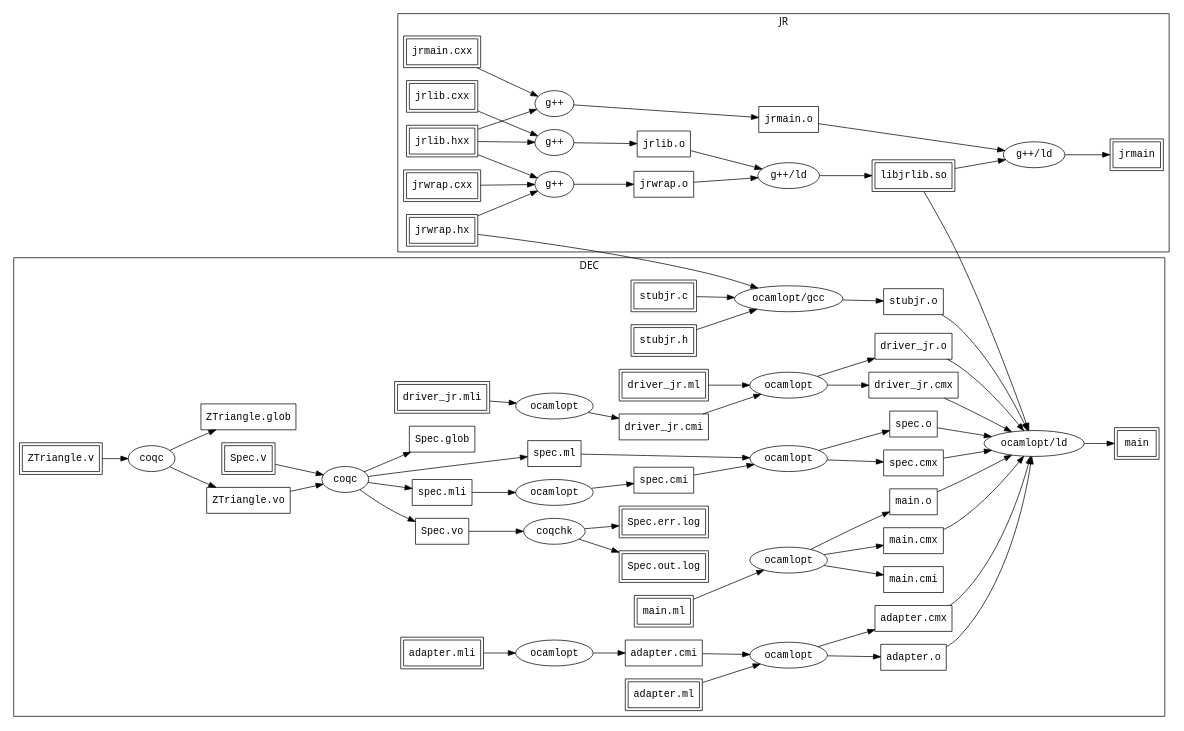
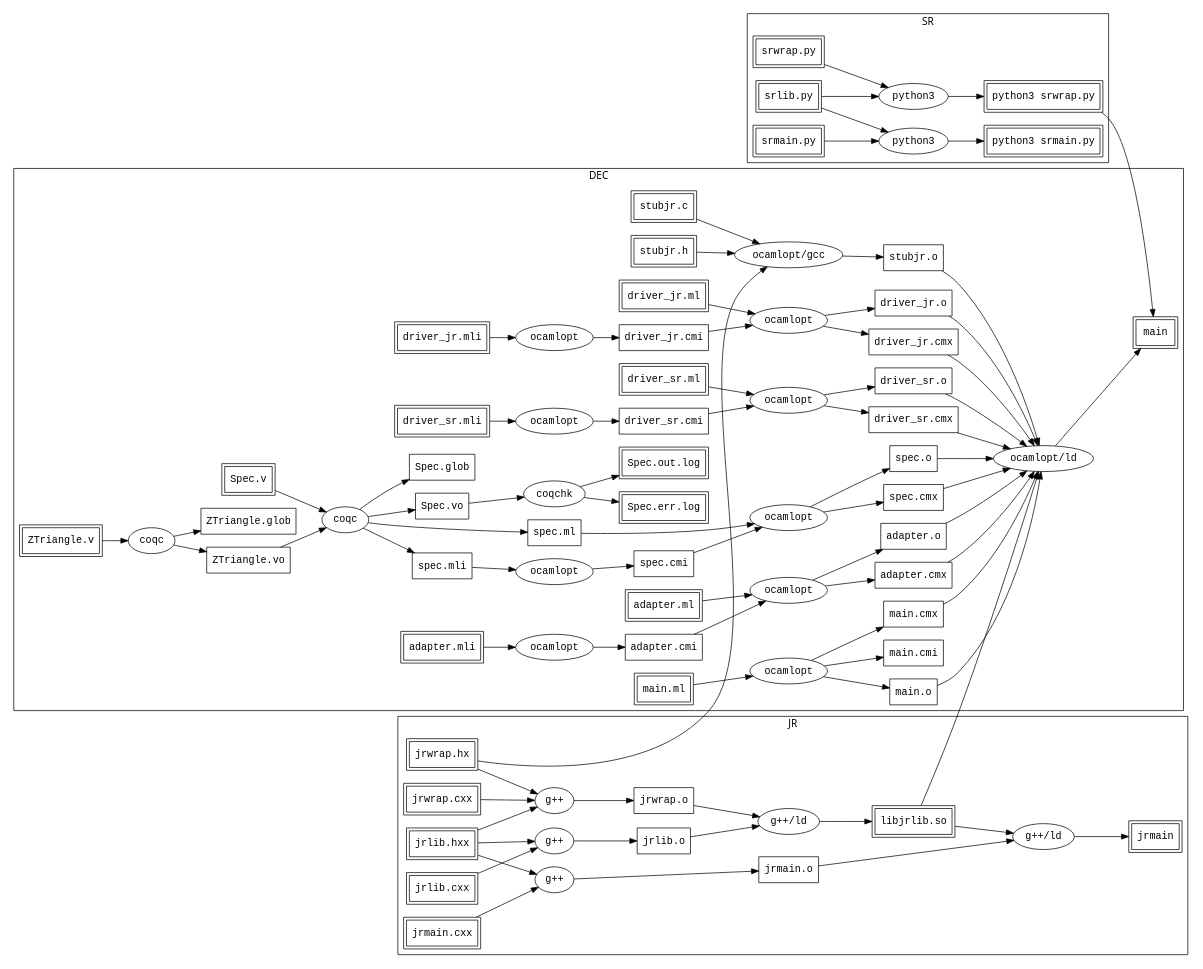
Before and after one commit to Tuplanolla/dez: the diagram in mock/flow.dot, drawn with Graphviz. The commit also changed 9 other files, not shown here.

```diff
--- a/mock/flow.dot
+++ b/mock/flow.dot
@@ -57,6 +57,14 @@
     extraction [label = "Extraction.vo"]
     zarith [label = "ZArith.vo"]
   }
+
+  subgraph cluster_python {
+    label = "Python"
+
+    node [peripheries = 2, shape = box]
+
+    sys [label = "sys"]
+  }
   */
 
   subgraph cluster_dec {
@@ -68,6 +76,8 @@
     stubjr_h [label = "stubjr.h"]
     driver_jr_ml [label = "driver_jr.ml"]
     driver_jr_mli [label = "driver_jr.mli"]
+    driver_sr_ml [label = "driver_sr.ml"]
+    driver_sr_mli [label = "driver_sr.mli"]
     ztriangle_v [label = "ZTriangle.v"]
     spec_v [label = "Spec.v"]
     adapter_ml [label = "adapter.ml"]
@@ -80,6 +90,9 @@
     driver_jr_cmi [label = "driver_jr.cmi"]
     driver_jr_cmx [label = "driver_jr.cmx"]
     driver_jr_o [label = "driver_jr.o"]
+    driver_sr_cmi [label = "driver_sr.cmi"]
+    driver_sr_cmx [label = "driver_sr.cmx"]
+    driver_sr_o [label = "driver_sr.o"]
     ztriangle_vo [label = "ZTriangle.vo"]
     ztriangle_glob [label = "ZTriangle.glob"]
     spec_vo [label = "Spec.vo"]
@@ -115,7 +128,9 @@
     ocamlopt_5 [label = "ocamlopt"]
     ocamlopt_6 [label = "ocamlopt"]
     ocamlopt_7 [label = "ocamlopt"]
-    ocamlopt_8 [label = "ocamlopt/ld"]
+    ocamlopt_8 [label = "ocamlopt"]
+    ocamlopt_9 [label = "ocamlopt"]
+    ocamlopt_10 [label = "ocamlopt/ld"]
   }
 
   subgraph cluster_jr {
@@ -149,6 +164,26 @@
     gxx_4 [label = "g++/ld"]
   }
 
+  subgraph cluster_sr {
+    label = "SR"
+
+    node [peripheries = 2, shape = box]
+
+    srlib_py [label = "srlib.py"]
+    srwrap_py [label = "srwrap.py"]
+    srmain_py [label = "srmain.py"]
+
+    node [peripheries = 2]
+
+    srwrap [label = "python3 srwrap.py"]
+    srmain [label = "python3 srmain.py"]
+
+    node [peripheries = 1, shape = oval]
+
+    python_0 [label = "python3"]
+    python_1 [label = "python3"]
+  }
+
   edge [style = solid]
 
   jrlib_hxx -> gxx_0
@@ -171,6 +206,14 @@
   libjrlib_so -> gxx_4
   jrmain_o -> gxx_4
   gxx_4 -> jrmain
+
+  srlib_py -> python_0
+  srwrap_py -> python_0
+  python_0 -> srwrap
+
+  srlib_py -> python_1
+  srmain_py -> python_1
+  python_1 -> srmain
 
   ztriangle_v -> coqc_0
   coqc_0 -> ztriangle_vo
@@ -200,38 +243,50 @@
   ocamlopt_2 -> driver_jr_cmx
   ocamlopt_2 -> driver_jr_o
 
-  spec_mli -> ocamlopt_3
-  ocamlopt_3 -> spec_cmi
+  driver_sr_mli -> ocamlopt_3
+  ocamlopt_3 -> driver_sr_cmi
 
-  spec_cmi -> ocamlopt_4
-  spec_ml -> ocamlopt_4
-  ocamlopt_4 -> spec_cmx
-  ocamlopt_4 -> spec_o
+  driver_sr_cmi -> ocamlopt_4
+  driver_sr_ml -> ocamlopt_4
+  ocamlopt_4 -> driver_sr_cmx
+  ocamlopt_4 -> driver_sr_o
 
-  adapter_mli -> ocamlopt_5
-  ocamlopt_5 -> adapter_cmi
+  spec_mli -> ocamlopt_5
+  ocamlopt_5 -> spec_cmi
 
-  adapter_cmi -> ocamlopt_6
-  adapter_ml -> ocamlopt_6
-  ocamlopt_6 -> adapter_cmx
-  ocamlopt_6 -> adapter_o
+  spec_cmi -> ocamlopt_6
+  spec_ml -> ocamlopt_6
+  ocamlopt_6 -> spec_cmx
+  ocamlopt_6 -> spec_o
 
-  main_ml -> ocamlopt_7
-  ocamlopt_7 -> main_cmi
-  ocamlopt_7 -> main_cmx
-  ocamlopt_7 -> main_o
+  adapter_mli -> ocamlopt_7
+  ocamlopt_7 -> adapter_cmi
 
-  libjrlib_so -> ocamlopt_8
-  stubjr_o -> ocamlopt_8
-  driver_jr_cmx -> ocamlopt_8
-  driver_jr_o -> ocamlopt_8
-  spec_cmx -> ocamlopt_8
-  spec_o -> ocamlopt_8
-  adapter_cmx -> ocamlopt_8
-  adapter_o -> ocamlopt_8
-  main_cmx -> ocamlopt_8
-  main_o -> ocamlopt_8
-  ocamlopt_8 -> main
+  adapter_cmi -> ocamlopt_8
+  adapter_ml -> ocamlopt_8
+  ocamlopt_8 -> adapter_cmx
+  ocamlopt_8 -> adapter_o
+
+  main_ml -> ocamlopt_9
+  ocamlopt_9 -> main_cmi
+  ocamlopt_9 -> main_cmx
+  ocamlopt_9 -> main_o
+
+  libjrlib_so -> ocamlopt_10
+  stubjr_o -> ocamlopt_10
+  driver_jr_cmx -> ocamlopt_10
+  driver_jr_o -> ocamlopt_10
+  driver_sr_cmx -> ocamlopt_10
+  driver_sr_o -> ocamlopt_10
+  spec_cmx -> ocamlopt_10
+  spec_o -> ocamlopt_10
+  adapter_cmx -> ocamlopt_10
+  adapter_o -> ocamlopt_10
+  main_cmx -> ocamlopt_10
+  main_o -> ocamlopt_10
+  ocamlopt_10 -> main
+
+  srwrap -> main
 
   /*
   edge [style = dashed]
@@ -270,11 +325,13 @@
   stddef_h -> ocamlopt_0
   stdlib_h -> ocamlopt_0
 
-  libc_so -> ocamlopt_8
-  libdl_so -> ocamlopt_8
-  libgmp_so -> ocamlopt_8
-  libgmpxx_so -> ocamlopt_8
-  libstdcxx_so -> ocamlopt_8
-  libm_so -> ocamlopt_8
+  libc_so -> ocamlopt_10
+  libdl_so -> ocamlopt_10
+  libgmp_so -> ocamlopt_10
+  libgmpxx_so -> ocamlopt_10
+  libstdcxx_so -> ocamlopt_10
+  libm_so -> ocamlopt_10
+
+  sys -> srwrap_py
   */
 }
```
